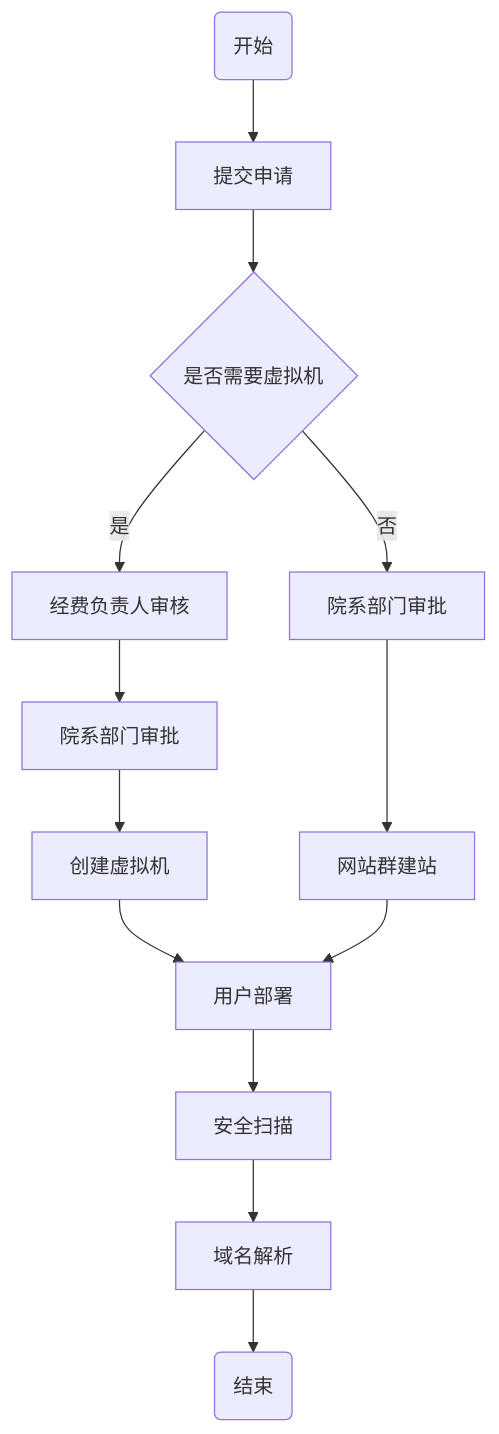
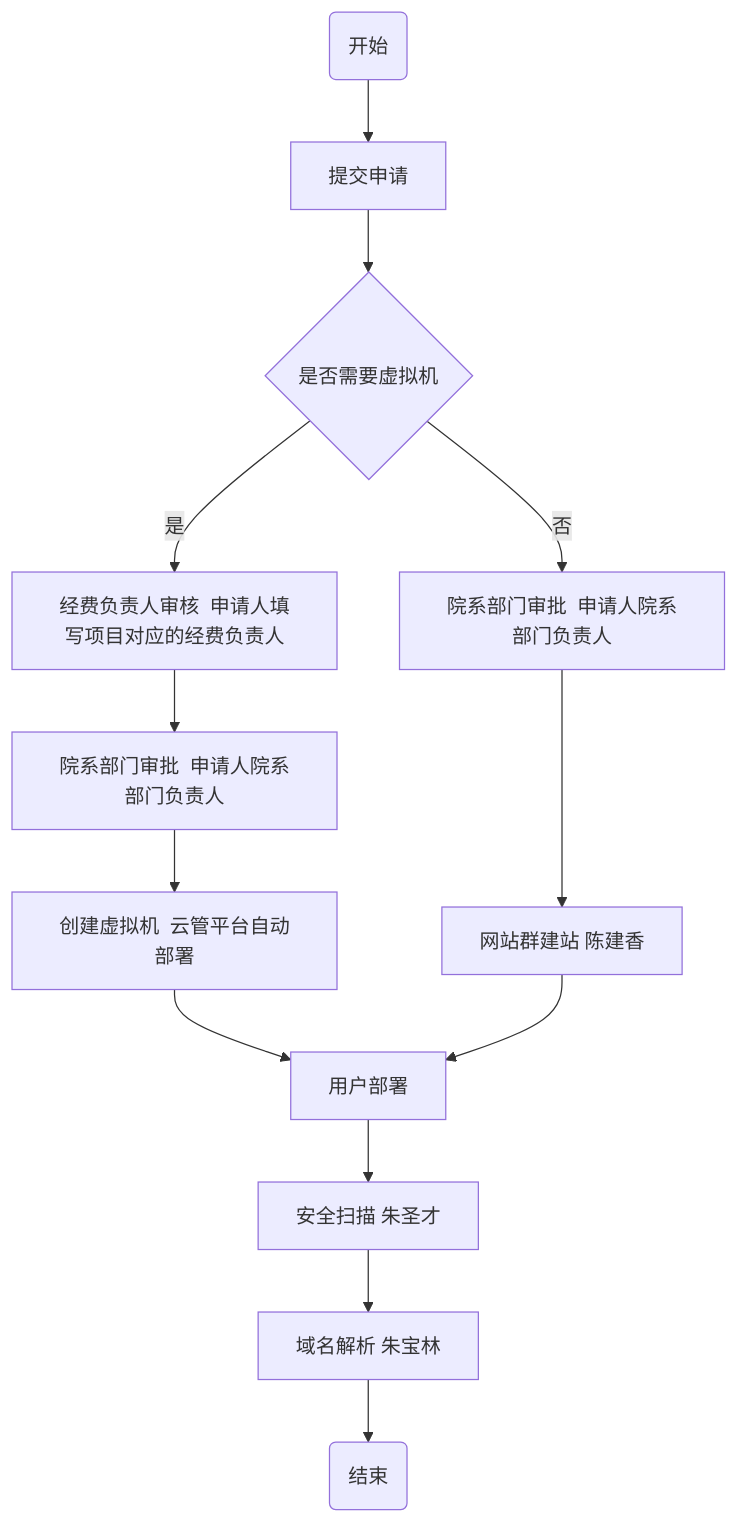
One commit to edsiongithub/hexo_source changed the first of 4 diagrams in source/drafts/信息资产申请.md. Above: the diagram before and after it, drawn with Mermaid. The commit also changed other lines of this file and 35 other files, not shown here.

````diff
--- a/source/drafts/信息资产申请.md
+++ b/source/drafts/信息资产申请.md
@@ -11,15 +11,15 @@
 ```mermaid
 graph TB
 A(开始)-->
 B[提交申请]-->
 D{是否需要虚拟机}
-D -->|是| E[经费负责人审核]
-D -->|否| C[院系部门审批]---> F[网站群建站]
-E --> L[院系部门审批]
-L --> M[创建虚拟机]
+D -->|是| E[经费负责人审核  申请人填写项目对应的经费负责人]
+D -->|否| C[院系部门审批  申请人院系部门负责人]---> F[网站群建站  陈建香]
+E --> L[院系部门审批  申请人院系部门负责人]
+L --> M[创建虚拟机  云管平台自动部署]
 M --> G
 F --> G[用户部署]
-G --> H[安全扫描]
-H --> I[域名解析]
+G --> H[安全扫描    朱圣才]
+H --> I[域名解析    朱宝林]
 I --> K(结束)
 ```
````
